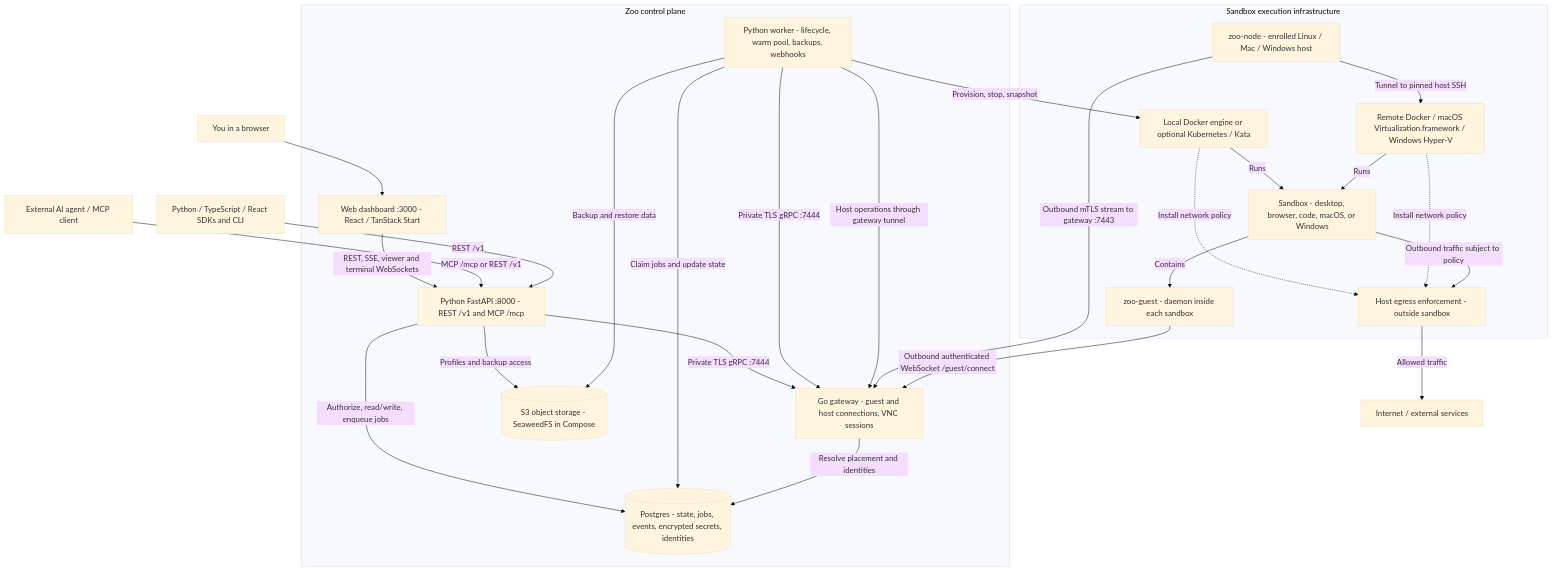
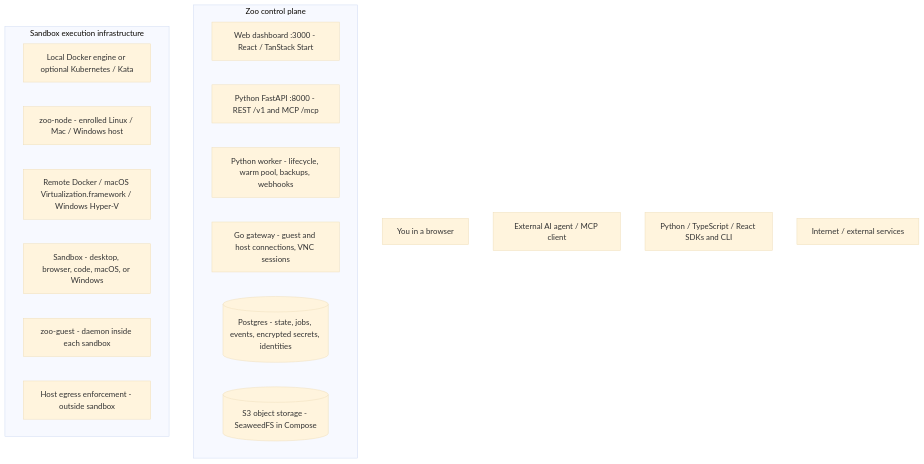
The first of 3 diagrams in docs/architecture-map.md (Nishu0/zoo), drawn with Mermaid (base theme) before and after one commit. The commit also changed other lines of this file and 11 other files, not shown here.

````diff
--- a/docs/architecture-map.md
+++ b/docs/architecture-map.md
@@ -9,48 +11,25 @@
 ```mermaid
 flowchart TB
     person["You in a browser"]
     agent["External AI agent / MCP client"]
     sdk["Python / TypeScript / React SDKs and CLI"]
 
     subgraph controlPlane ["Zoo control plane"]
         web["Web dashboard :3000 - React / TanStack Start"]
         api["Python FastAPI :8000 - REST /v1 and MCP /mcp"]
         worker["Python worker - lifecycle, warm pool, backups, webhooks"]
         gateway["Go gateway - guest and host connections, VNC sessions"]
         db[("Postgres - state, jobs, events, encrypted secrets, identities")]
         objects[("S3 object storage - SeaweedFS in Compose")]
     end
 
     subgraph execution ["Sandbox execution infrastructure"]
         localRuntime["Local Docker engine or optional Kubernetes / Kata"]
         node["zoo-node - enrolled Linux / Mac / Windows host"]
         hostRuntime["Remote Docker / macOS Virtualization.framework / Windows Hyper-V"]
         sandbox["Sandbox - desktop, browser, code, macOS, or Windows"]
         guest["zoo-guest - daemon inside each sandbox"]
         egress["Host egress enforcement - outside sandbox"]
     end
-
-    person --> web
-    web -->|"REST, SSE, viewer and terminal WebSockets"| api
-    agent -->|"MCP /mcp or REST /v1"| api
-    sdk -->|"REST /v1"| api
-    api -->|"Authorize, read/write, enqueue jobs"| db
-    worker -->|"Claim jobs and update state"| db
-    api -->|"Private TLS gRPC :7444"| gateway
-    worker -->|"Private TLS gRPC :7444"| gateway
-    gateway -->|"Resolve placement and identities"| db
-    api -->|"Profiles and backup access"| objects
-    worker -->|"Backup and restore data"| objects
-    worker -->|"Provision, stop, snapshot"| localRuntime
-    worker -->|"Host operations through gateway tunnel"| gateway
-    node -->|"Outbound mTLS stream to gateway :7443"| gateway
-    node -->|"Tunnel to pinned host SSH"| hostRuntime
-    localRuntime -->|"Runs"| sandbox
-    hostRuntime -->|"Runs"| sandbox
-    sandbox -->|"Contains"| guest
-    guest -->|"Outbound authenticated WebSocket /guest/connect"| gateway
-    localRuntime -.->|"Install network policy"| egress
-    hostRuntime -.->|"Install network policy"| egress
-    sandbox -->|"Outbound traffic subject to policy"| egress
-    egress -->|"Allowed traffic"| internet["Internet / external services"]
+    internet["Internet / external services"]
 ```
````
